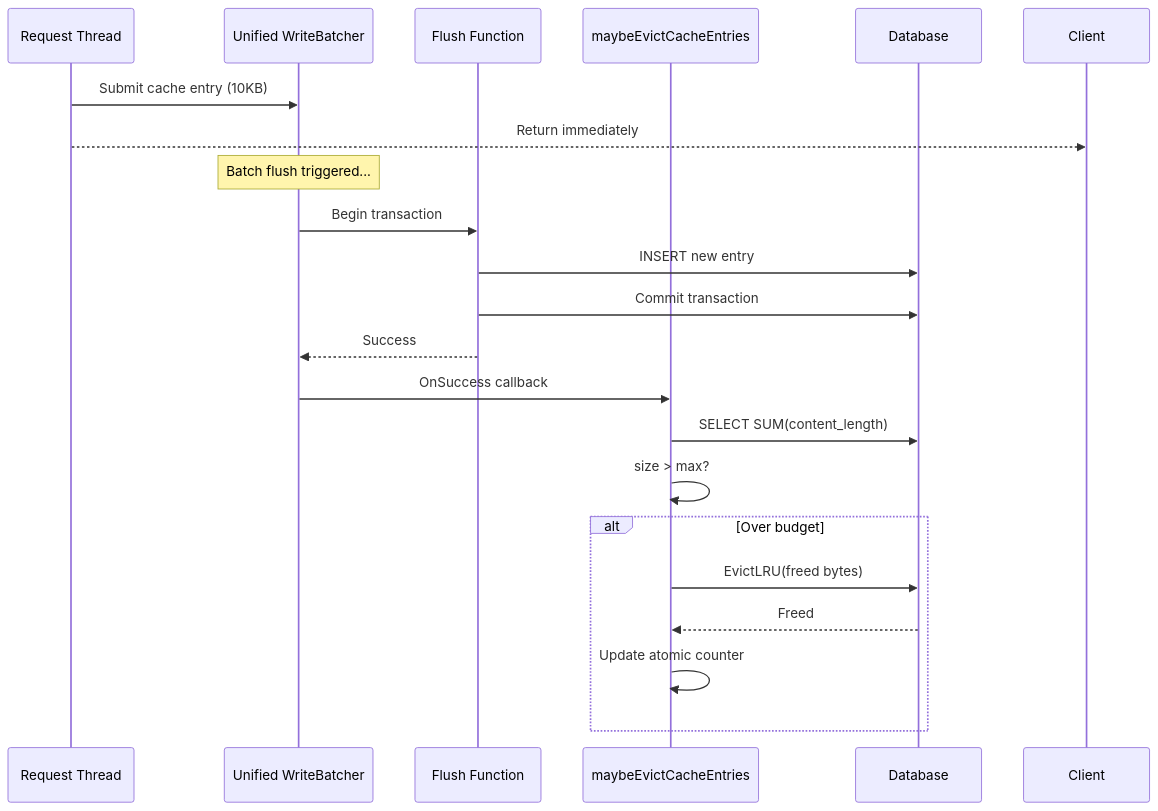
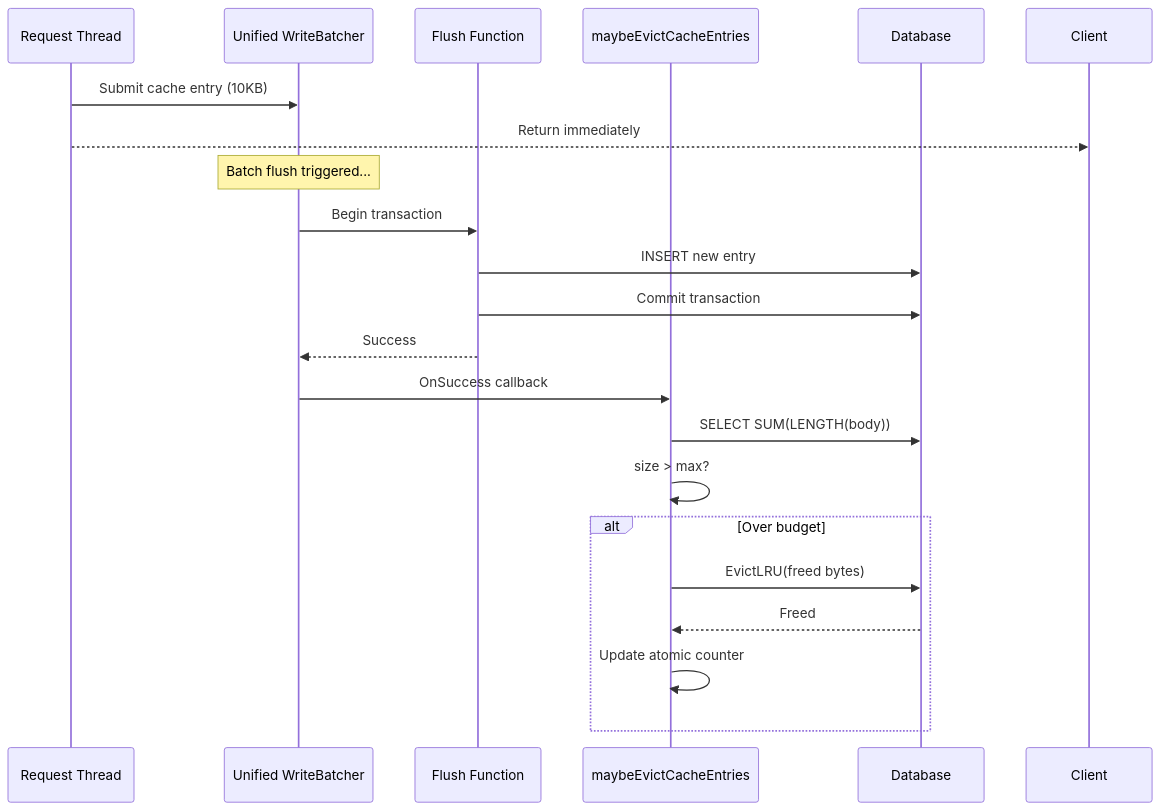
One commit to lbe/sfpg-go changed diagram 12 of 20 in docs/ARCHITECTURE.md. Above: the diagram before and after it, drawn with Mermaid. The commit also changed other lines of this file and 247 other files, not shown here.

````diff
--- a/docs/ARCHITECTURE.md
+++ b/docs/ARCHITECTURE.md
@@ -755,27 +780,27 @@
 ```mermaid
 sequenceDiagram
     participant Req as Request Thread
     participant Batcher as Unified WriteBatcher
     participant Flush as Flush Function
     participant Evict as maybeEvictCacheEntries
     participant DB as Database
 
     Req->>Batcher: Submit cache entry (10KB)
     Req-->>Client: Return immediately
 
     Note over Batcher: Batch flush triggered...
 
     Batcher->>Flush: Begin transaction
     Flush->>DB: INSERT new entry
     Flush->>DB: Commit transaction
     Flush-->>Batcher: Success
 
     Batcher->>Evict: OnSuccess callback
-    Evict->>DB: SELECT SUM(content_length)
+    Evict->>DB: SELECT SUM(LENGTH(body))
     Evict->>Evict: size > max?
     alt Over budget
         Evict->>DB: EvictLRU(freed bytes)
         DB-->>Evict: Freed
         Evict->>Evict: Update atomic counter
     end
 ```
````
